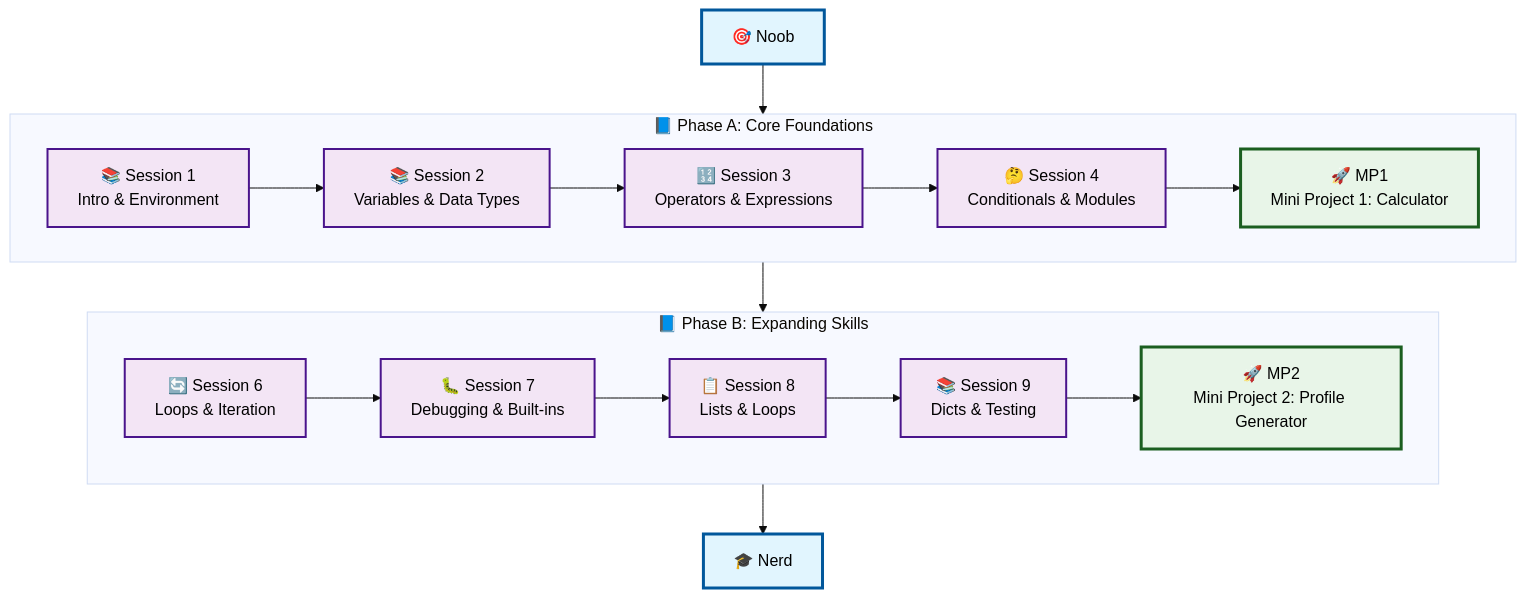
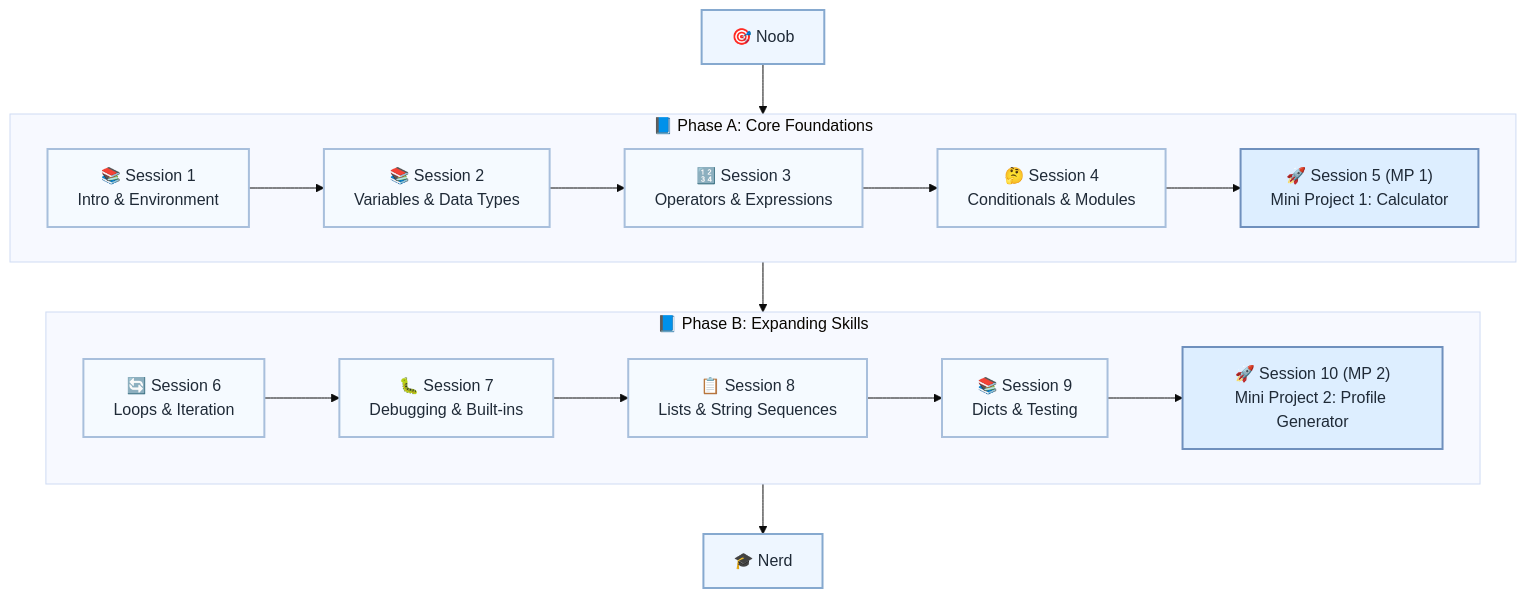
Before and after one commit to vishipayyallore/python-fundamentals-in-practice: the diagram in docs/sessions/L1/_Plan.md, drawn with Mermaid (base theme). The commit also changed other lines of this file and 72 other files, not shown here.

````diff
--- a/docs/sessions/L1/_Plan.md
+++ b/docs/sessions/L1/_Plan.md
@@ -122,32 +152,32 @@
 ```mermaid
 flowchart TB
-    A[🎯 Noob] --> PhaseA
+  A["🎯 Noob"] --> PhaseA
     PhaseA --> PhaseB
-    PhaseB --> K[🎓 Nerd]
+  PhaseB --> K["🎓 Nerd"]
 
-    subgraph PhaseA[📘 Phase A: Core Foundations]
-        B1[📚 Session 1<br/>Intro & Environment]
-        B2[📚 Session 2<br/>Variables & Data Types]
-        B3[🔢 Session 3<br/>Operators & Expressions]
-        B4[🤔 Session 4<br/>Conditionals & Modules]
-        B5[🚀 MP1<br/>Mini Project 1: Calculator]
+  subgraph PhaseA["📘 Phase A: Core Foundations"]
+    B1["📚 Session 1<br>Intro & Environment"]
+    B2["📚 Session 2<br>Variables & Data Types"]
+    B3["🔢 Session 3<br>Operators & Expressions"]
+    B4["🤔 Session 4<br>Conditionals & Modules"]
+    B5["🚀 Session 5 (MP 1)<br>Mini Project 1: Calculator"]
         B1 --> B2 --> B3 --> B4 --> B5
     end
 
-    subgraph PhaseB[📘 Phase B: Expanding Skills]
-        C1[🔄 Session 6<br/>Loops & Iteration]
-        C2[🐛 Session 7<br/>Debugging & Built-ins]
-        C3[📋 Session 8<br/>Lists & Loops]
-        C4[📚 Session 9<br/>Dicts & Testing]
-        C5[🚀 MP2<br/>Mini Project 2: Profile Generator]
+  subgraph PhaseB["📘 Phase B: Expanding Skills"]
+    C1["🔄 Session 6<br>Loops & Iteration"]
+    C2["🐛 Session 7<br>Debugging & Built-ins"]
+    C3["📋 Session 8<br>Lists & String Sequences"]
+    C4["📚 Session 9<br>Dicts & Testing"]
+    C5["🚀 Session 10 (MP 2)<br>Mini Project 2: Profile Generator"]
         C1 --> C2 --> C3 --> C4 --> C5
     end
 
-    classDef startEnd fill:#e1f5fe,stroke:#01579b,stroke-width:3px,color:#000
-    classDef session fill:#f3e5f5,stroke:#4a148c,stroke-width:2px,color:#000
-    classDef project fill:#e8f5e8,stroke:#1b5e20,stroke-width:3px,color:#000
+    classDef startEnd fill:#eef6ff,stroke:#86a9cf,stroke-width:2px,color:#1f2a37
+    classDef session fill:#f5faff,stroke:#a8bfdc,stroke-width:2px,color:#1f2a37
+    classDef project fill:#ddeeff,stroke:#6f90bd,stroke-width:2px,color:#1f2a37
 
     class A,K startEnd
     class B1,B2,B3,B4,C1,C2,C3,C4 session
     class B5,C5 project
 ```
````
